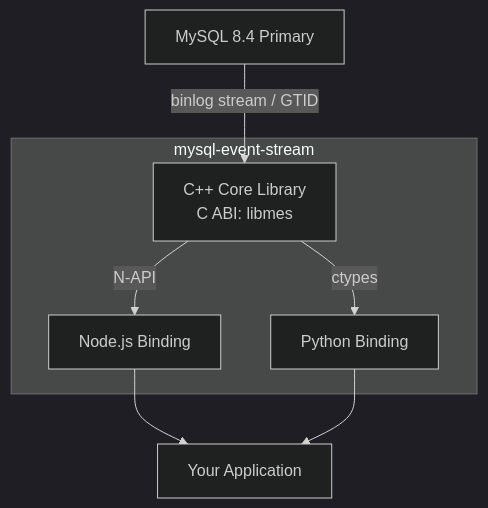
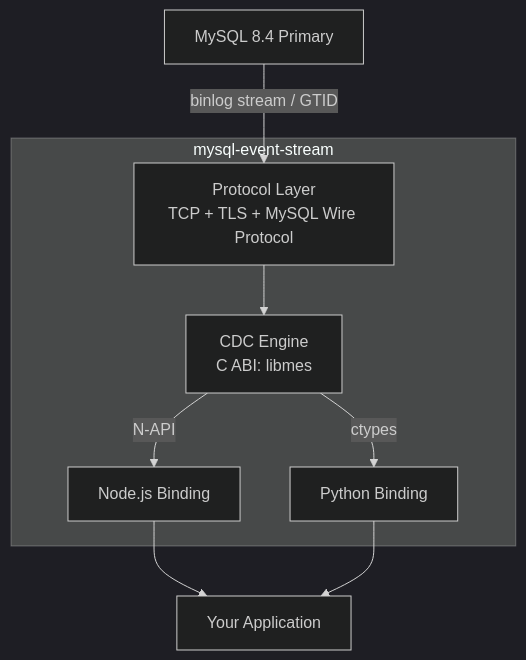
Before and after one commit to libraz/mysql-event-stream: the diagram in README.md, drawn with Mermaid (dark theme). The commit also changed other lines of this file and 20 other files, not shown here.

````diff
--- a/README.md
+++ b/README.md
@@ -18,13 +18,13 @@
 ```mermaid
 graph TD
-    MySQL[MySQL 8.4 Primary] -->|binlog stream / GTID| Core
+    MySQL[MySQL 8.4 Primary] -->|binlog stream / GTID| Proto
 
     subgraph mysql-event-stream
-        Core[C++ Core Library\nC ABI: libmes]
+        Proto[Protocol Layer\nTCP + TLS + MySQL Wire Protocol] --> Core[CDC Engine\nC ABI: libmes]
         Core -->|N-API| Node[Node.js Binding]
         Core -->|ctypes| Python[Python Binding]
     end
 
     Node --> App[Your Application]
     Python --> App
 ```
````
